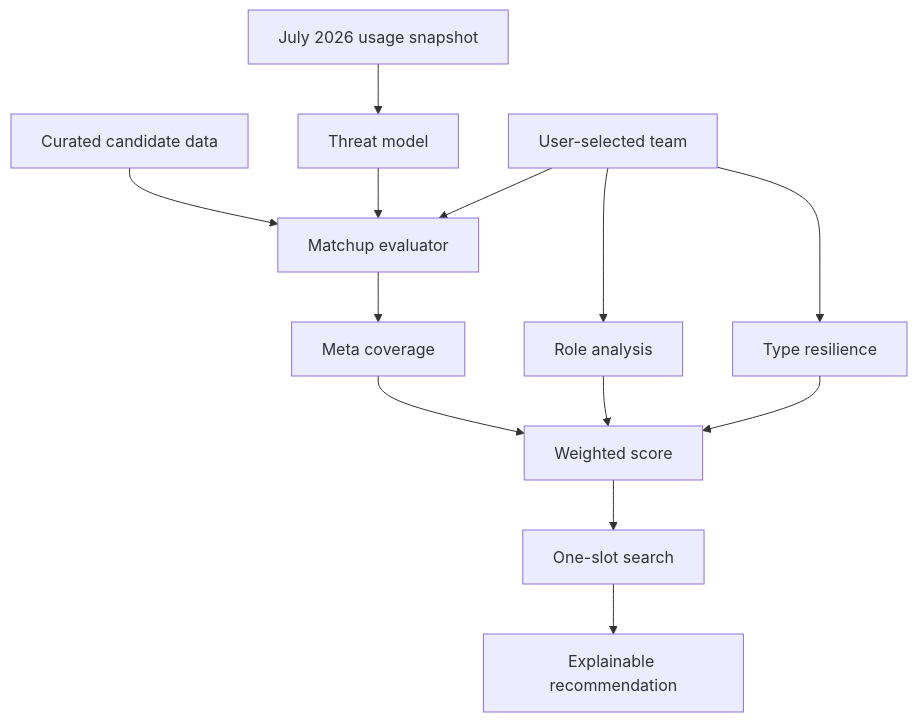
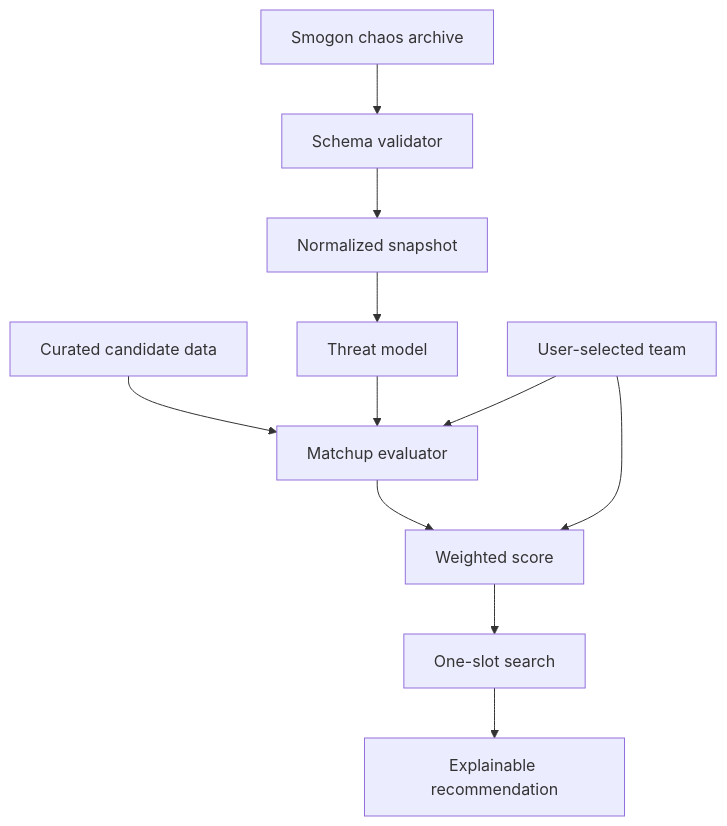
The first of 3 diagrams in docs/ARCHITECTURE.md (kshinyam/PokeMeta), drawn with Mermaid before and after one commit. The commit also changed other lines of this file and 12 other files, not shown here.

Commit message:
feat(data): import Smogon chaos statistics (#4)

```diff
--- a/docs/ARCHITECTURE.md
+++ b/docs/ARCHITECTURE.md
@@ -11,15 +11,13 @@
 ~~~mermaid
 flowchart TD
-    A["July 2026 usage snapshot"] --> B["Threat model"]
-    C["Curated candidate data"] --> D["Matchup evaluator"]
-    B --> D
-    E["User-selected team"] --> D
-    D --> F["Meta coverage"]
-    E --> G["Role analysis"]
-    E --> H["Type resilience"]
-    F --> I["Weighted score"]
-    G --> I
-    H --> I
-    I --> J["One-slot search"]
-    J --> K["Explainable recommendation"]
+    A["Smogon chaos archive"] --> B["Schema validator"]
+    B --> C["Normalized snapshot"]
+    C --> D["Threat model"]
+    E["Curated candidate data"] --> F["Matchup evaluator"]
+    D --> F
+    G["User-selected team"] --> F
+    F --> H["Weighted score"]
+    G --> H
+    H --> I["One-slot search"]
+    I --> J["Explainable recommendation"]
 ~~~
```
